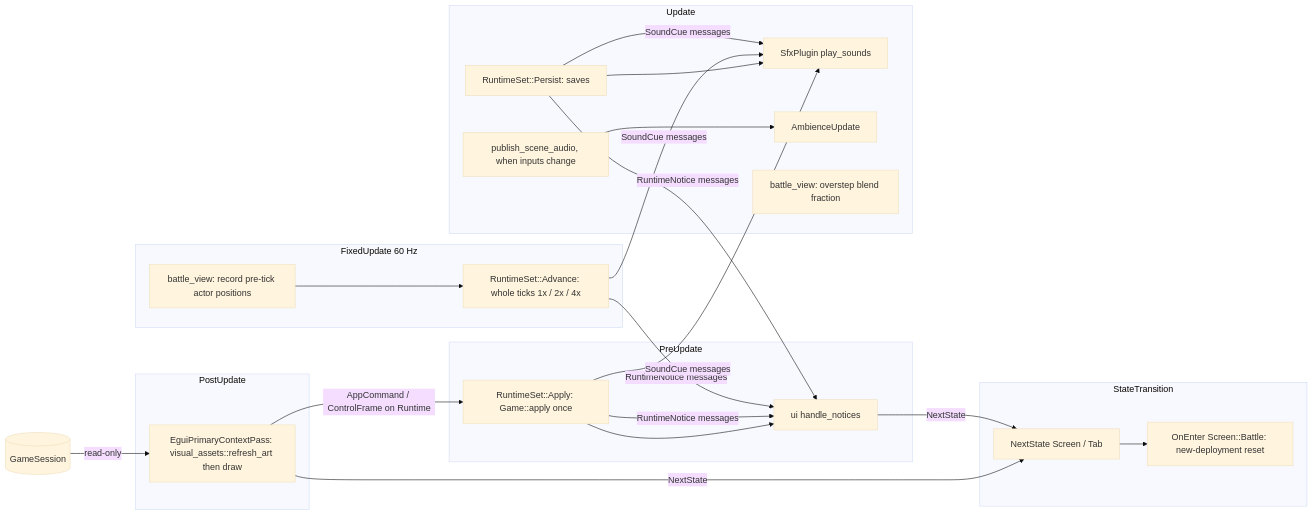
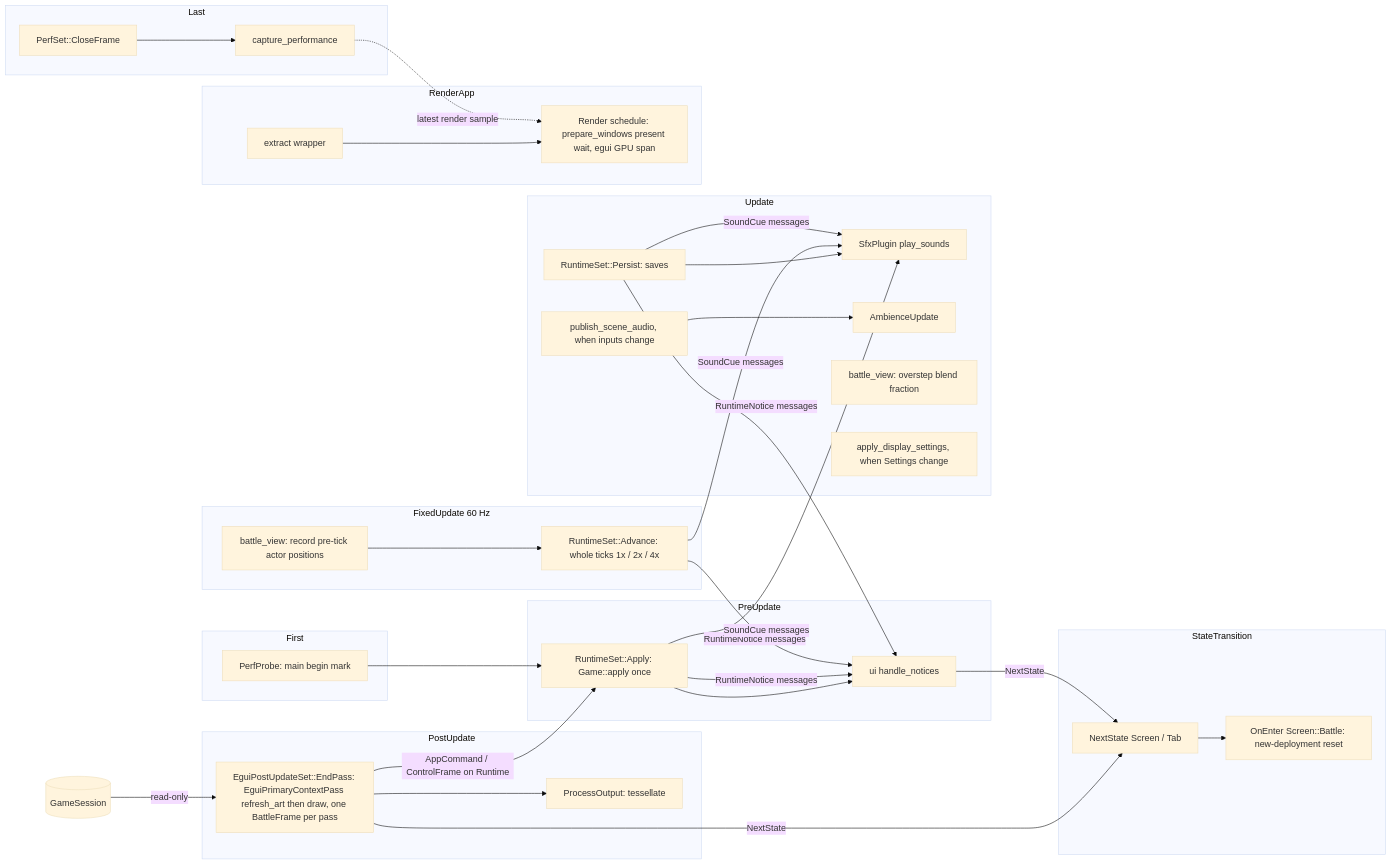
One commit to Luis85/bevy-experiments changed the diagram in horde-defense/docs/ARCHITECTURE.md. Above: the diagram before and after it, drawn with Mermaid (base theme). The commit also changed other lines of this file and 2 other files, not shown here.

````diff
--- a/horde-defense/docs/ARCHITECTURE.md
+++ b/horde-defense/docs/ARCHITECTURE.md
@@ -69,26 +199,38 @@
 ```mermaid
 flowchart LR
+    subgraph First
+        Begin[PerfProbe: main begin mark]
+    end
     subgraph PreUpdate
         Apply[RuntimeSet::Apply: Game::apply once] --> Notices[ui handle_notices]
     end
     subgraph StateTransition
         Next[NextState Screen / Tab] --> Enter[OnEnter Screen::Battle: new-deployment reset]
     end
     subgraph FixedUpdate 60 Hz
         Snapshot[battle_view: record pre-tick actor positions] --> Advance[RuntimeSet::Advance: whole ticks 1x / 2x / 4x]
     end
     subgraph Update
         Persist[RuntimeSet::Persist: saves] --> Sfx[SfxPlugin play_sounds]
         Ambience[publish_scene_audio, when inputs change] --> Atmos[AmbienceUpdate]
         Blend[battle_view: overstep blend fraction]
+        Display[apply_display_settings, when Settings change]
     end
     subgraph PostUpdate
-        Draw[EguiPrimaryContextPass: visual_assets::refresh_art then draw]
+        Draw[EguiPostUpdateSet::EndPass: EguiPrimaryContextPass refresh_art then draw, one BattleFrame per pass] --> Tess[ProcessOutput: tessellate]
     end
+    subgraph Last
+        Close[PerfSet::CloseFrame] --> Report[capture_performance]
+    end
+    subgraph RenderApp
+        Extract[extract wrapper] --> Render[Render schedule: prepare_windows present wait, egui GPU span]
+    end
+    Begin --> Apply
     Draw -->|AppCommand / ControlFrame on Runtime| Apply
     Draw -->|NextState| Next
     Notices -->|NextState| Next
     Apply & Advance & Persist -->|RuntimeNotice messages| Notices
     Apply & Advance & Persist -->|SoundCue messages| Sfx
     Session[(GameSession)] -->|read-only| Draw
+    Report -.->|latest render sample| Render
 ```
````
